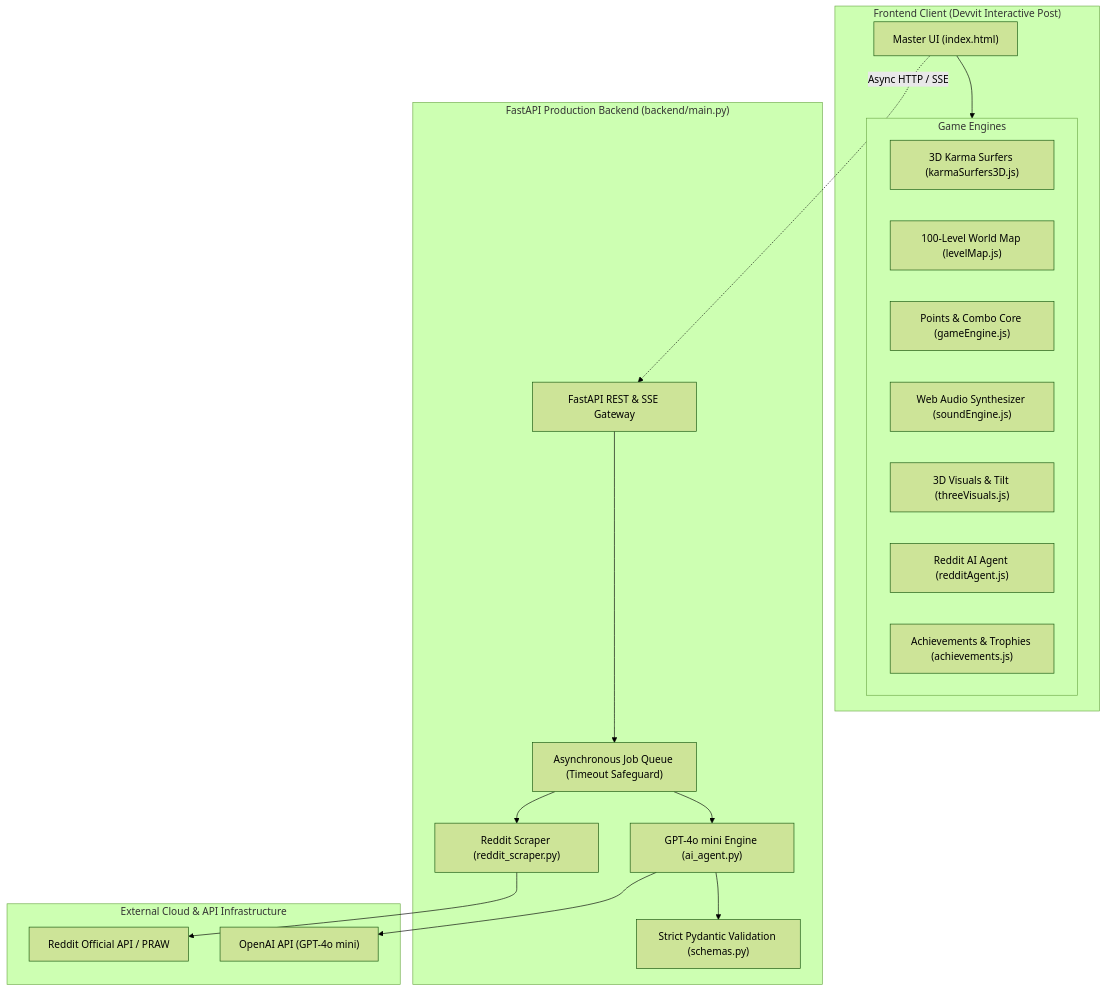
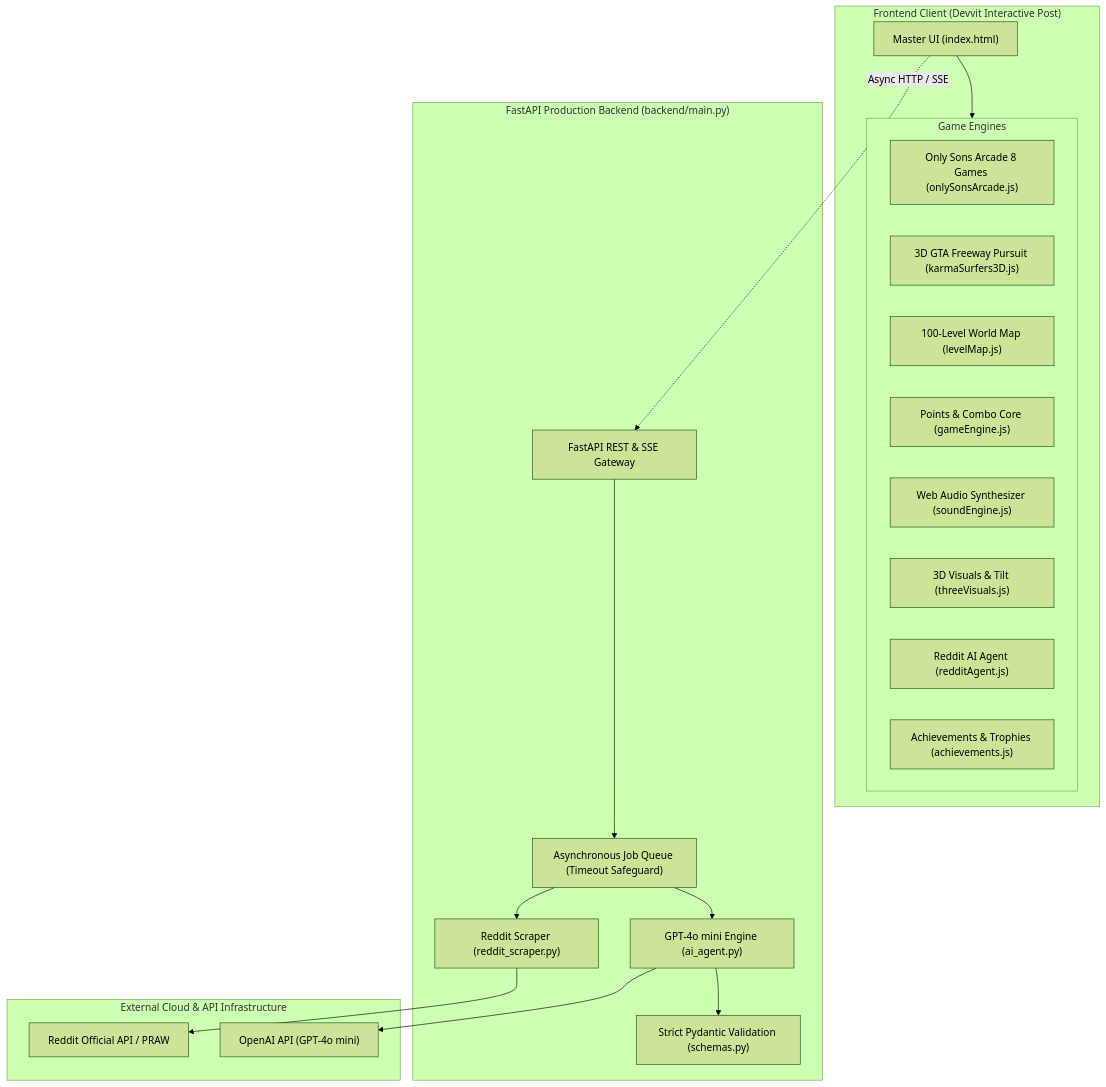
Before and after one commit to vsrupeshkumar2006/REDDIT-HACK: the third of 4 diagrams in README.md, drawn with Mermaid (forest theme). The commit also changed other lines of this file and 4 other files, not shown here.

Commit message:
feat(arcade): implement Only Sons Arcade suite with 8 fully playable dynamic games matching Stake-style lobby in Reddit dark UX

````diff
--- a/README.md
+++ b/README.md
@@ -160,35 +189,36 @@
 ```mermaid
 flowchart TD
     subgraph Client["Frontend Client (Devvit Interactive Post)"]
         UI["Master UI (index.html)"]
         subgraph EngineGroup["Game Engines"]
-            SURF["3D Karma Surfers (karmaSurfers3D.js)"]
+            ARCADE["Only Sons Arcade 8 Games (onlySonsArcade.js)"]
+            SURF["3D GTA Freeway Pursuit (karmaSurfers3D.js)"]
             MAP["100-Level World Map (levelMap.js)"]
             GE["Points & Combo Core (gameEngine.js)"]
             SE["Web Audio Synthesizer (soundEngine.js)"]
             T3["3D Visuals & Tilt (threeVisuals.js)"]
             RA["Reddit AI Agent (redditAgent.js)"]
             ACH["Achievements & Trophies (achievements.js)"]
         end
     end
 
     subgraph Backend["FastAPI Production Backend (backend/main.py)"]
         API["FastAPI REST & SSE Gateway"]
         JQ["Asynchronous Job Queue (Timeout Safeguard)"]
         PRAW["Reddit Scraper (reddit_scraper.py)"]
         LLM["GPT-4o mini Engine (ai_agent.py)"]
         SCH["Strict Pydantic Validation (schemas.py)"]
     end
 
     subgraph External["External Cloud & API Infrastructure"]
         RD["Reddit Official API / PRAW"]
         OA["OpenAI API (GPT-4o mini)"]
     end
 
     UI --> EngineGroup
     UI -.->|"Async HTTP / SSE"| API
     API --> JQ
     JQ --> PRAW --> RD
     JQ --> LLM --> OA
     LLM --> SCH
 ```
````
